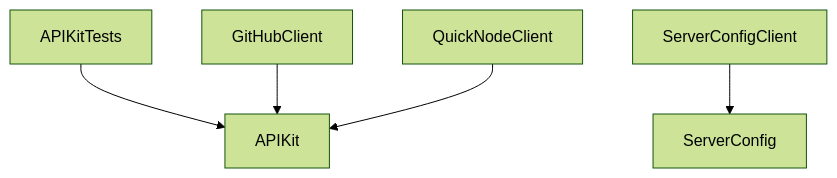
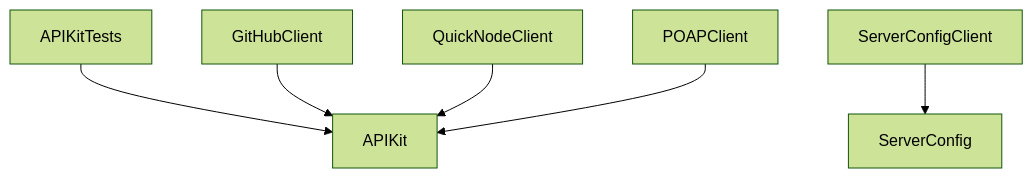
Before and after one commit to caaaption/caaaption: the diagram in Packages/ClientPackage/README.md, drawn with Mermaid (forest theme).

Commit message:
Run dgraph (#335)

````diff
--- a/Packages/ClientPackage/README.md
+++ b/Packages/ClientPackage/README.md
@@ -3,7 +3,8 @@
 ```mermaid
 graph TD;
     APIKitTests-->APIKit;
     GitHubClient-->APIKit;
     QuickNodeClient-->APIKit;
+    POAPClient-->APIKit;
     ServerConfigClient-->ServerConfig;
 ```
````
